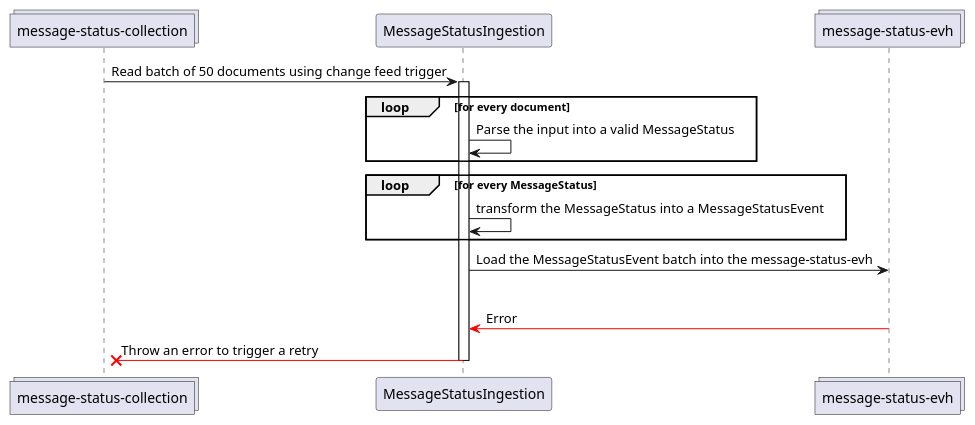
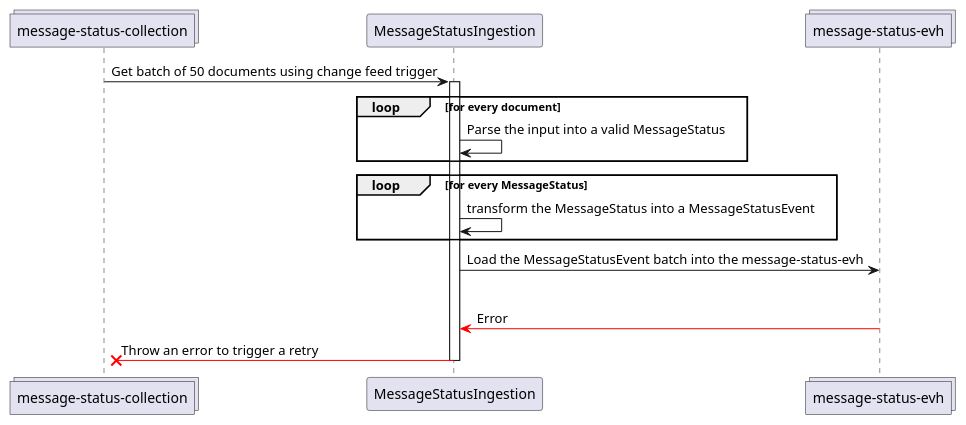
Before and after one commit to pagopa/io-messages: the diagram in apps/etl-func/docs/message-status-ingestion/message-status-ingestion.puml, drawn with PlantUML.

Commit message:
docs: update lable

```diff
--- a/apps/etl-func/docs/message-status-ingestion/message-status-ingestion.puml
+++ b/apps/etl-func/docs/message-status-ingestion/message-status-ingestion.puml
@@ -1,25 +1,25 @@
 @startuml message-status-ingestion
 
 collections "message-status-collection" as msc
 participant MessageStatusIngestion as msi
 collections "message-status-evh" as evh
 
-msc -> msi : Read batch of 50 documents using change feed trigger
+msc -> msi : Get batch of 50 documents using change feed trigger
 activate msi
 
 loop for every document
   msi -> msi : Parse the input into a valid MessageStatus
 end
 
 loop for every MessageStatus
   msi -> msi : transform the MessageStatus into a MessageStatusEvent
 end
 
 msi -> evh : Load the MessageStatusEvent batch into the message-status-evh
 
 alt Error
   evh -[#red]> msi : Error
   msi -[#red]x msc : Throw an error to trigger a retry
 deactivate msi
 
 @enduml
```
